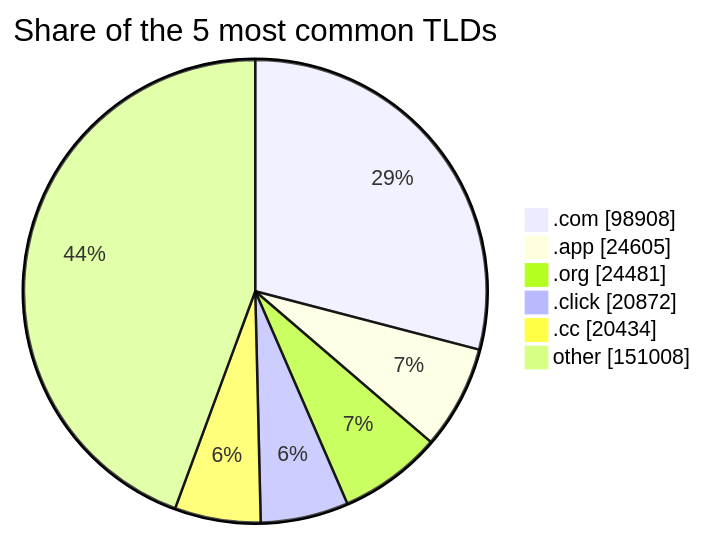
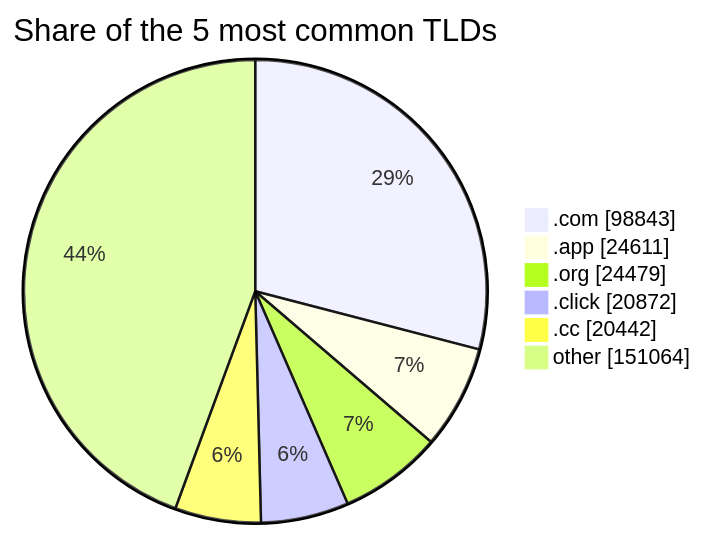
The third of 3 diagrams in README.md (DNSBunker/CTI), drawn with Mermaid before and after one commit. The commit also changed other lines of this file and 4 other files, not shown here.

````diff
--- a/README.md
+++ b/README.md
@@ -81,9 +81,9 @@
 ```mermaid
 pie showData title Share of the 5 most common TLDs
-    ".com" : 98908
-    ".app" : 24605
-    ".org" : 24481
+    ".com" : 98843
+    ".app" : 24611
+    ".org" : 24479
     ".click" : 20872
-    ".cc" : 20434
-    "other" : 151008
+    ".cc" : 20442
+    "other" : 151064
 ```
````
